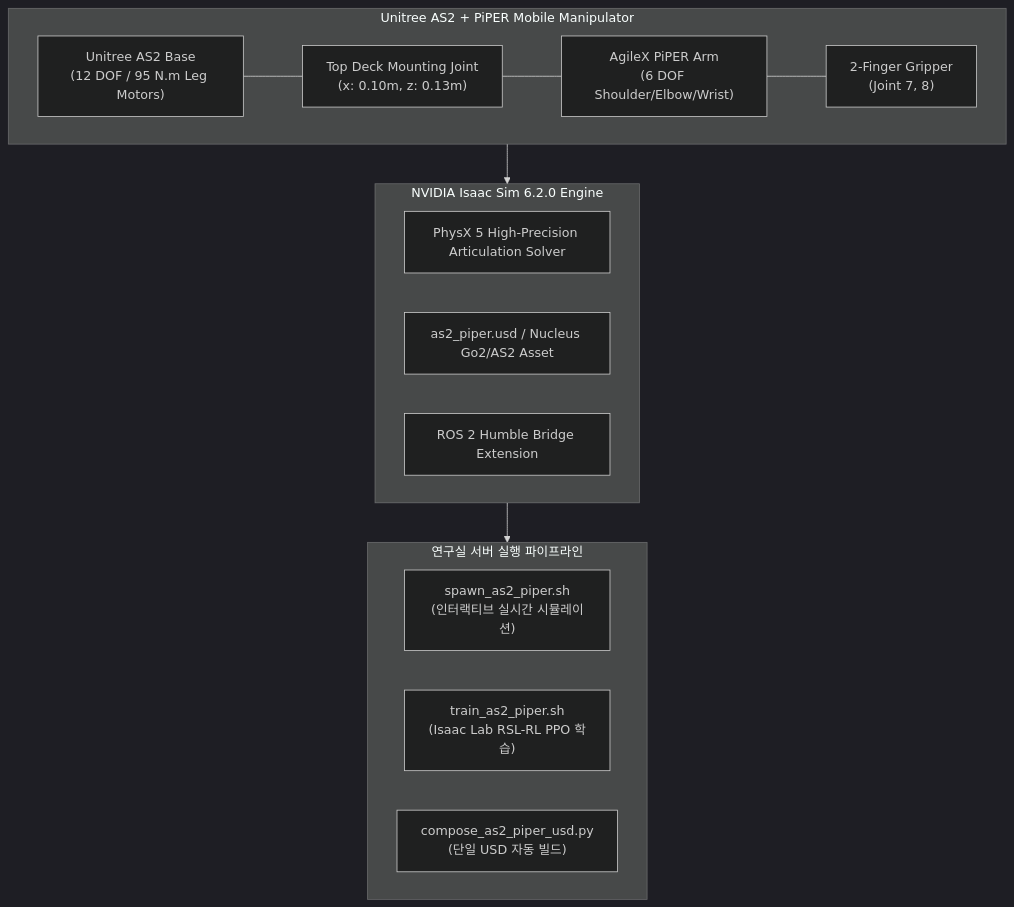
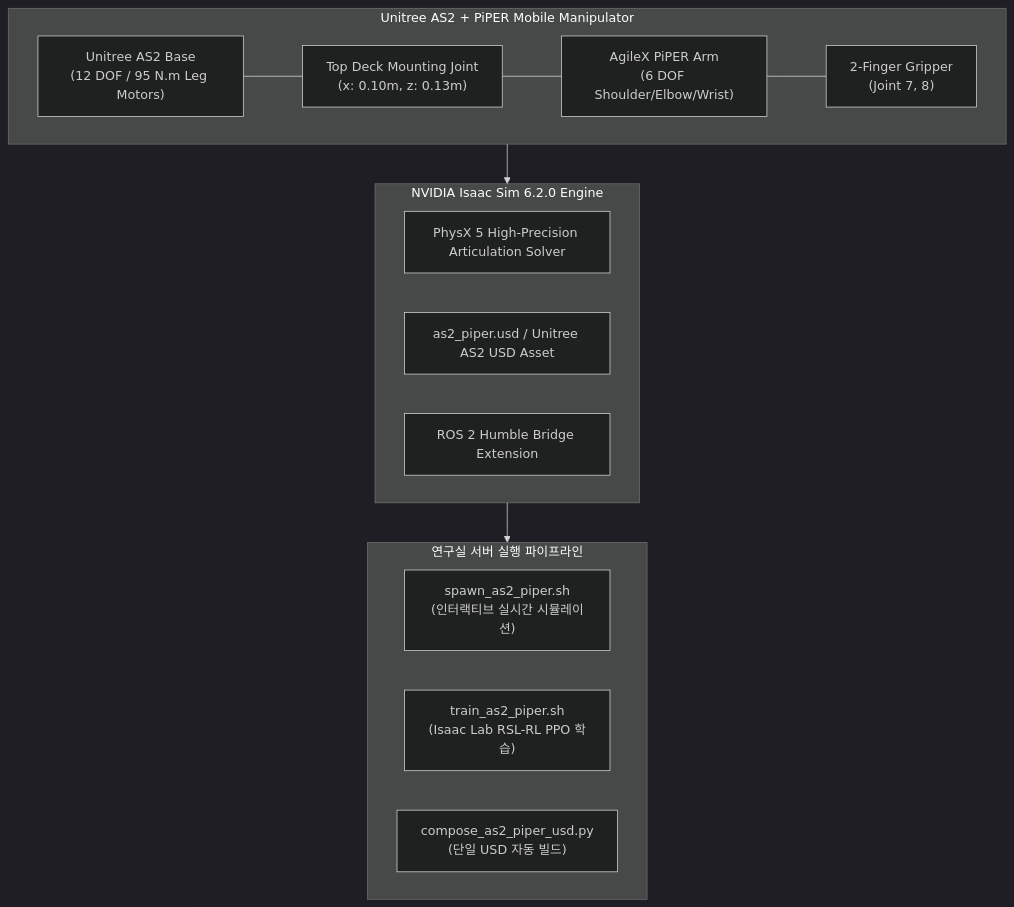
One commit to CGV-HGU/isaac-go2-ros2 changed the diagram in docs/isaac_sim_6_2_as2_piper_guide.md. Above: the diagram before and after it, drawn with Mermaid (dark theme). The commit also changed 28 other files, not shown here.

````diff
--- a/docs/isaac_sim_6_2_as2_piper_guide.md
+++ b/docs/isaac_sim_6_2_as2_piper_guide.md
@@ -37,25 +37,25 @@
 ```mermaid
 flowchart TD
     subgraph Hardware["Unitree AS2 + PiPER Mobile Manipulator"]
         AS2["Unitree AS2 Base<br>(12 DOF / 95 N.m Leg Motors)"]
         Mount["Top Deck Mounting Joint<br>(x: 0.10m, z: 0.13m)"]
         Arm["AgileX PiPER Arm<br>(6 DOF Shoulder/Elbow/Wrist)"]
         Grip["2-Finger Gripper<br>(Joint 7, 8)"]
         AS2 --- Mount --- Arm --- Grip
     end
 
     subgraph Simulation["NVIDIA Isaac Sim 6.2.0 Engine"]
         PhysX["PhysX 5 High-Precision Articulation Solver"]
-        USD["as2_piper.usd / Nucleus Go2/AS2 Asset"]
+        USD["as2_piper.usd / Unitree AS2 USD Asset"]
         ROS2Bridge["ROS 2 Humble Bridge Extension"]
     end
 
     subgraph LabExecution["연구실 서버 실행 파이프라인"]
         Demo["spawn_as2_piper.sh<br>(인터랙티브 실시간 시뮬레이션)"]
         RL["train_as2_piper.sh<br>(Isaac Lab RSL-RL PPO 학습)"]
         Compose["compose_as2_piper_usd.py<br>(단일 USD 자동 빌드)"]
     end
 
     Hardware --> Simulation
     Simulation --> LabExecution
 ```
````
